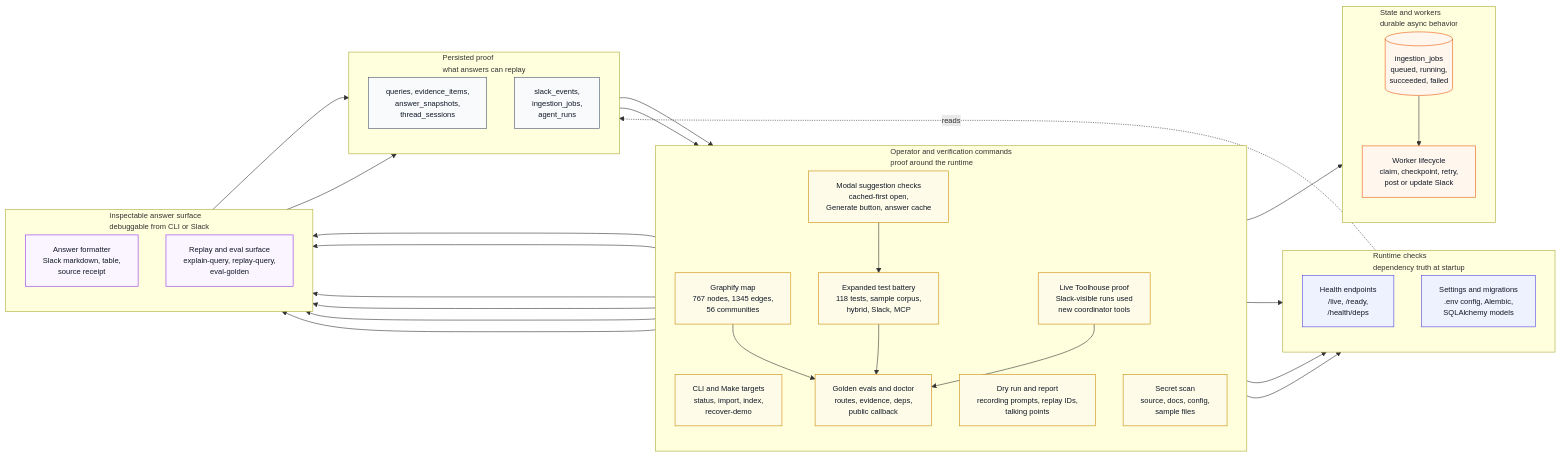
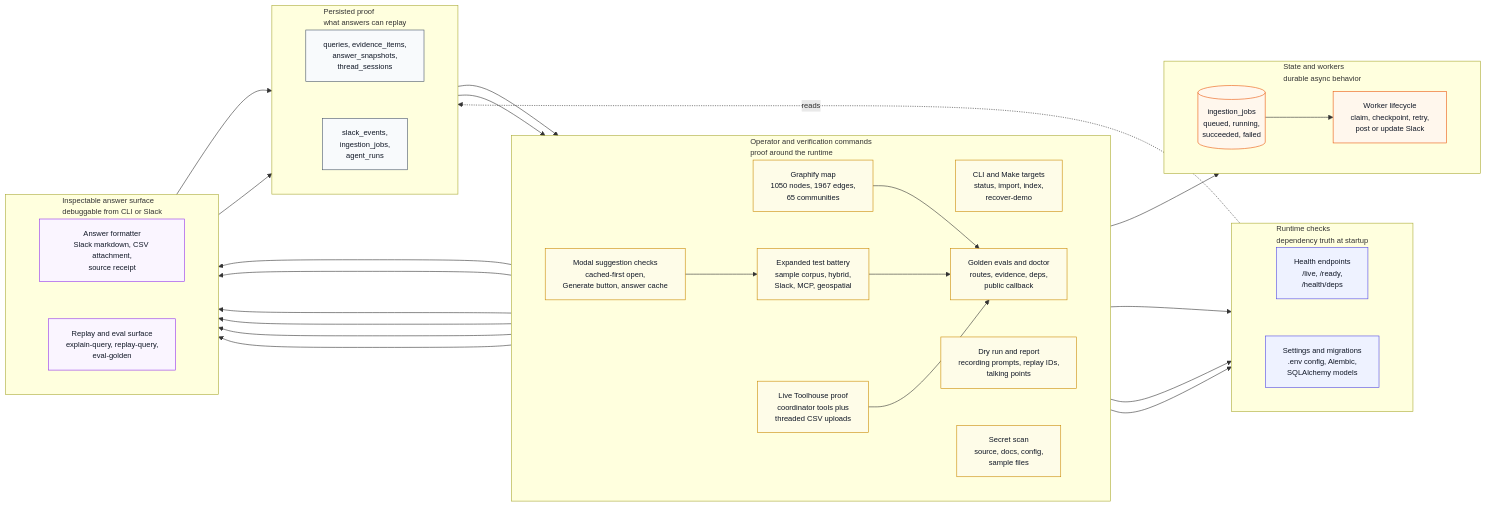
Before and after one commit to Aqwerty321/CRE-Knowledge-Engine: the fifth of 8 diagrams in README.md, drawn with Mermaid. The commit also changed other lines of this file and 61 other files, not shown here.

First line of the commit message:
Add large corpus import manifest and quality report; implement tests for Slack file seeding

````diff
--- a/README.md
+++ b/README.md
@@ -359,71 +365,71 @@
 ```mermaid
-%%{init: {"flowchart": {"htmlLabels": true, "curve": "basis", "nodeSpacing": 48, "rankSpacing": 62, "wrappingWidth": 190}, "themeVariables": {"fontSize": "13px"}} }%%
+%%{init: {"flowchart": {"htmlLabels": true, "curve": "basis", "nodeSpacing": 64, "rankSpacing": 92, "wrappingWidth": 190}, "themeVariables": {"fontSize": "13px"}} }%%
 flowchart LR
     classDef ops fill:#fefce8,stroke:#ca8a04,color:#111827
     classDef app fill:#eef2ff,stroke:#4f46e5,color:#111827
     classDef store fill:#f8fafc,stroke:#475569,color:#111827
     classDef answer fill:#faf5ff,stroke:#9333ea,color:#111827
     classDef jobs fill:#fff7ed,stroke:#ea580c,color:#111827
 
     subgraph O["Operator and verification commands<br/>proof around the runtime"]
-        direction TB
+        direction LR
         O1["CLI and Make targets<br/>status, import, index,<br/>recover-demo"]
         O2["Golden evals and doctor<br/>routes, evidence, deps,<br/>public callback"]
         O3["Dry run and report<br/>recording prompts, replay IDs,<br/>talking points"]
         O4["Secret scan<br/>source, docs, config,<br/>sample files"]
-        O5["Graphify map<br/>767 nodes, 1345 edges,<br/>56 communities"]
-        O6["Expanded test battery<br/>118 tests, sample corpus,<br/>hybrid, Slack, MCP"]
+        O5["Graphify map<br/>1050 nodes, 1967 edges,<br/>65 communities"]
+        O6["Expanded test battery<br/>sample corpus, hybrid,<br/>Slack, MCP, geospatial"]
         O8["Modal suggestion checks<br/>cached-first open,<br/>Generate button, answer cache"]
-        O7["Live Toolhouse proof<br/>Slack-visible runs used<br/>new coordinator tools"]
+        O7["Live Toolhouse proof<br/>coordinator tools plus<br/>threaded CSV uploads"]
     end
 
     subgraph A["Runtime checks<br/>dependency truth at startup"]
-        direction TB
+        direction LR
         A3["Health endpoints<br/>/live, /ready,<br/>/health/deps"]
         A5["Settings and migrations<br/>.env config, Alembic,<br/>SQLAlchemy models"]
     end
 
     subgraph J["State and workers<br/>durable async behavior"]
-        direction TB
+        direction LR
         J0[("ingestion_jobs<br/>queued, running,<br/>succeeded, failed")]
         J4["Worker lifecycle<br/>claim, checkpoint, retry,<br/>post or update Slack"]
     end
 
     subgraph E["Persisted proof<br/>what answers can replay"]
-        direction TB
+        direction LR
         E4["queries, evidence_items,<br/>answer_snapshots,<br/>thread_sessions"]
         E5["slack_events,<br/>ingestion_jobs,<br/>agent_runs"]
     end
 
     subgraph R["Inspectable answer surface<br/>debuggable from CLI or Slack"]
-        direction TB
-        R4["Answer formatter<br/>Slack markdown, table,<br/>source receipt"]
+        direction LR
+        R4["Answer formatter<br/>Slack markdown, CSV attachment,<br/>source receipt"]
         R5["Replay and eval surface<br/>explain-query, replay-query,<br/>eval-golden"]
     end
 
     O1 --> J0 --> J4
     O1 --> A3
     O2 --> A3
     O2 --> R5
     O3 --> R4
     O3 --> R5
     O4 --> A5
     O5 --> O2
     O6 --> O2
     O6 --> R5
     O8 --> O6
     O8 --> R5
     O7 --> O2
     O7 --> R5
     A3 -.reads.-> E5
     R4 --> E4
     R5 --> E4
     E4 --> O3
     E5 --> O2
 
     class O1,O2,O3,O4,O5,O6,O7,O8 ops
     class A3,A5 app
     class J0,J4 jobs
     class E4,E5 store
     class R4,R5 answer
 ```
````
